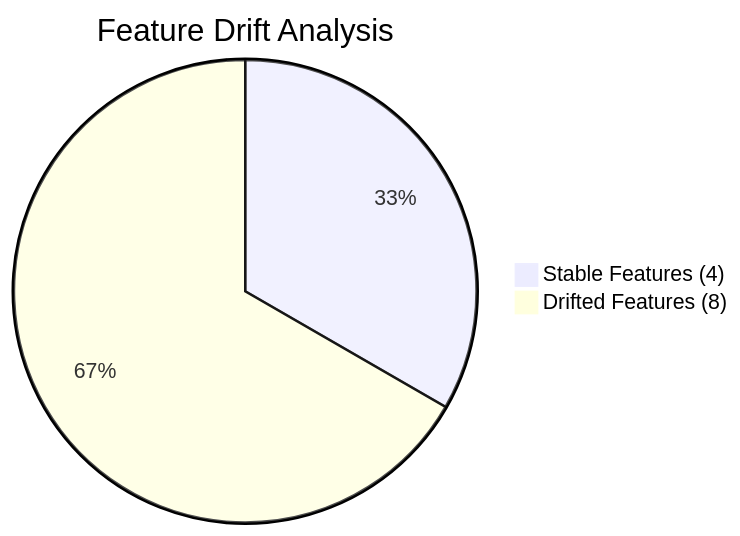
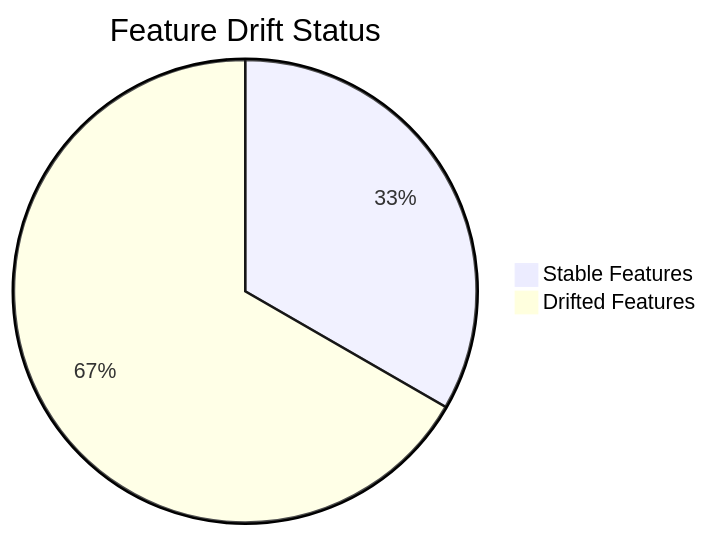
The seventh of 9 diagrams in Match_Prediction_Intelligence.md (sai-ganesh-4539/StatVault), drawn with Mermaid before and after one commit. The commit also changed other lines of this file, not shown here.

````diff
--- a/Match_Prediction_Intelligence.md
+++ b/Match_Prediction_Intelligence.md
@@ -251,6 +229,6 @@
 ```mermaid
-pie title Feature Drift Analysis
+pie title Feature Drift Status
 
-"Stable Features (4)" : 4
-"Drifted Features (8)" : 8
+"Stable Features" : 4
+"Drifted Features" : 8
 ```
````
